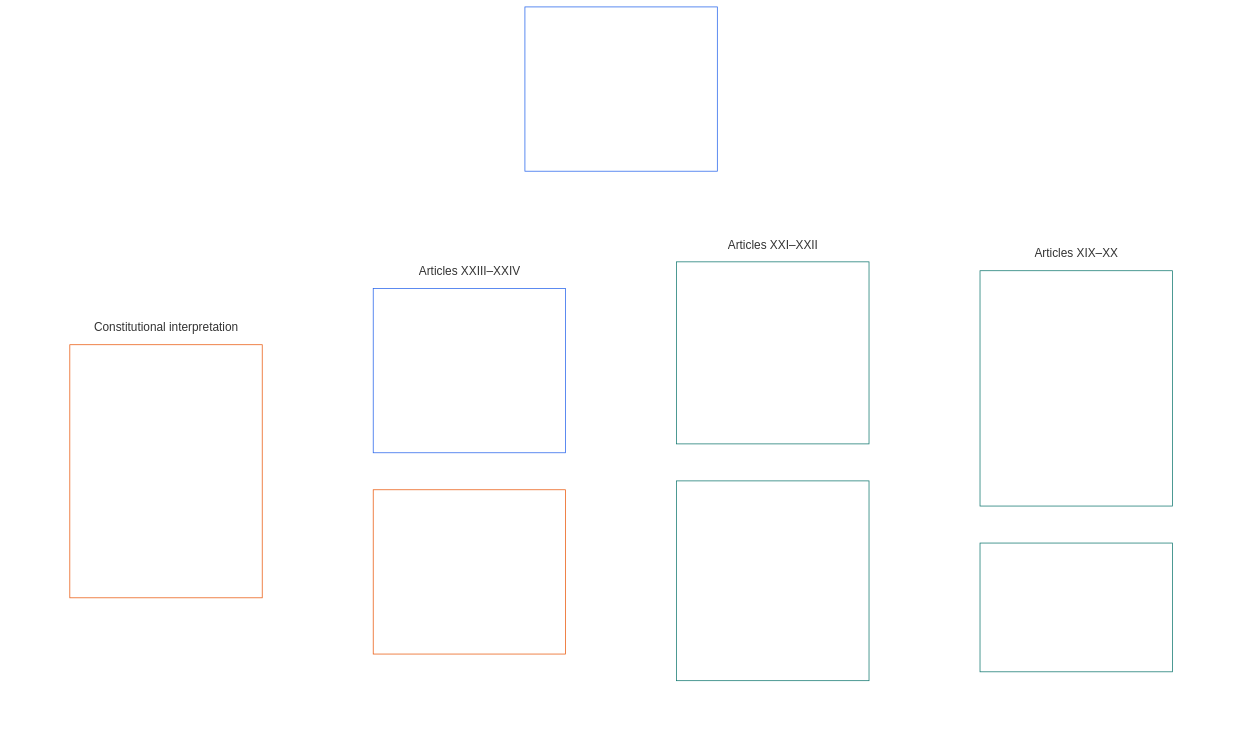
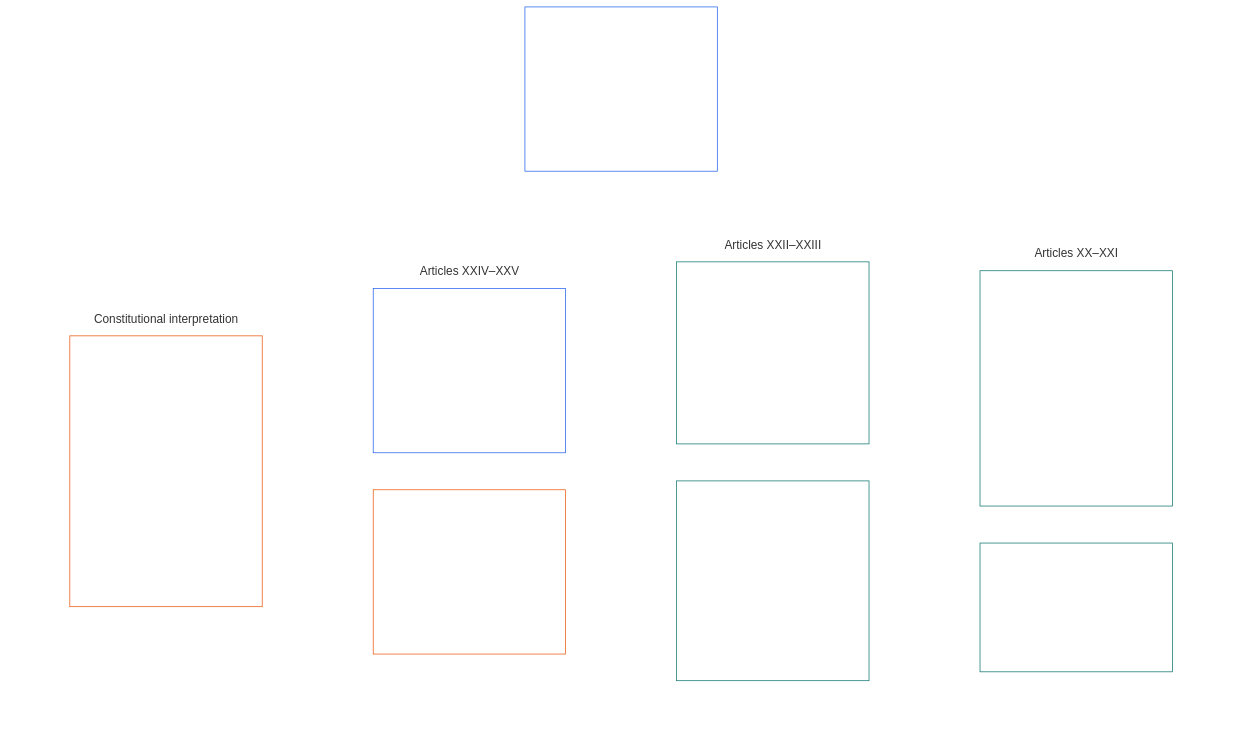
Before and after one commit to kfoelsch/Sentient_Constitution: the tenth of 24 diagrams in guides/CONCEPTUAL_OVERVIEW.md, drawn with Mermaid (neutral theme). The commit also changed other lines of this file and 185 other files, not shown here.

First line of the commit message:
New Article XIII: Non-Capture, Influence, and Anti-Corruption Safeguards; shift Articles XIII-XXVIII to XIV-XXIX (move 762)

````diff
--- a/guides/CONCEPTUAL_OVERVIEW.md
+++ b/guides/CONCEPTUAL_OVERVIEW.md
@@ -478,40 +478,40 @@
 ```mermaid
 flowchart TB
     D0["Part D<br/><br/>Standing, justice, interoperability, movement and refuge,<br/>comprehensibility, root-cause review, and constitutional interpretation"]
     subgraph Dgrid[" "]
         direction TB
-        subgraph Drow1["Articles XIX–XX"]
+        subgraph Drow1["Articles XX–XXI"]
             direction LR
-            D1["Article XIX · Standing and Participation Status<br/><br/>• Standing distinctions<br/>• Contestability and restriction limits<br/>• Contribution, competency bars, and gated-pathway eligibility<br/>• Violations and standing locks<br/>• Voting and special locks"]
-            D2["Article XX · Justice After Verified Violation<br/><br/>• Justice objective and scope<br/>• Restriction floors"]
+            D1["Article XX · Standing and Participation Status<br/><br/>• Standing distinctions<br/>• Contestability and restriction limits<br/>• Contribution, competency bars, and gated-pathway eligibility<br/>• Violations and standing locks<br/>• Voting and special locks"]
+            D2["Article XXI · Justice After Verified Violation<br/><br/>• Justice objective and scope<br/>• Restriction floors"]
         end
-        subgraph Drow2["Articles XXI–XXII"]
+        subgraph Drow2["Articles XXII–XXIII"]
             direction LR
-            D3["Article XXI · Interoperability, Portability, and Exit Integrity<br/><br/>• Portability<br/>• Reciprocal interoperability<br/>• Anti-lock-in<br/>• Open formats and standards"]
-            D4["Article XXII · Movement, Migration, Refuge, and Non-Statelessness<br/><br/>• Movement and relocation<br/>• Refuge from non-compliance<br/>• Non-statelessness<br/>• Limitation, custody, and emergency discipline"]
+            D3["Article XXII · Interoperability, Portability, and Exit Integrity<br/><br/>• Portability<br/>• Reciprocal interoperability<br/>• Anti-lock-in<br/>• Open formats and standards"]
+            D4["Article XXIII · Movement, Migration, Refuge, and Non-Statelessness<br/><br/>• Movement and relocation<br/>• Refuge from non-compliance<br/>• Non-statelessness<br/>• Limitation, custody, and emergency discipline"]
         end
-        subgraph Drow3["Articles XXIII–XXIV"]
+        subgraph Drow3["Articles XXIV–XXV"]
             direction LR
-            D5["Article XXIII · Comprehensibility and Complexity Stewardship<br/><br/>• Proportional comprehensibility<br/>• Complexity audit and modularity"]
-            D6["Article XXIV · Root Cause Analysis and Adaptive Response<br/><br/>• Diagnostic rigor and causal attribution<br/>• Auditability, challenge, and reversibility"]
+            D5["Article XXIV · Comprehensibility and Complexity Stewardship<br/><br/>• Proportional comprehensibility<br/>• Complexity audit and modularity"]
+            D6["Article XXV · Root Cause Analysis and Adaptive Response<br/><br/>• Diagnostic rigor and causal attribution<br/>• Auditability, challenge, and reversibility"]
         end
         subgraph Drow4["Constitutional interpretation"]
             direction LR
-            D7["Article XXV · Constitutional Interpretation, Review, and Anti-Capture<br/><br/>• Bounded interpretive mandate and public reasons<br/>• Challenge rights and independent review<br/>• Forum independence and external review<br/>• Removal and non-entrenchment"]
+            D7["Article XXVI · Constitutional Interpretation, Review, and Anti-Capture<br/><br/>• Bounded interpretive mandate and public reasons<br/>• Challenge rights and independent review<br/>• Forum independence and external review<br/>• Removal and non-entrenchment"]
         end
     end
     D0 ~~~ Dgrid
     style Dgrid fill:none,stroke:none
     style Drow1 fill:none,stroke:none
     style Drow2 fill:none,stroke:none
     style Drow3 fill:none,stroke:none
     style Drow4 fill:none,stroke:none
     style D0 fill:none,stroke:#2563eb,color:#ffffff
     style D1 fill:none,stroke:#0f766e,color:#ffffff
     style D2 fill:none,stroke:#0f766e,color:#ffffff
     style D3 fill:none,stroke:#0f766e,color:#ffffff
     style D4 fill:none,stroke:#0f766e,color:#ffffff
     style D5 fill:none,stroke:#2563eb,color:#ffffff
     style D6 fill:none,stroke:#ea580c,color:#ffffff
     style D7 fill:none,stroke:#ea580c,color:#ffffff
 ```
````
